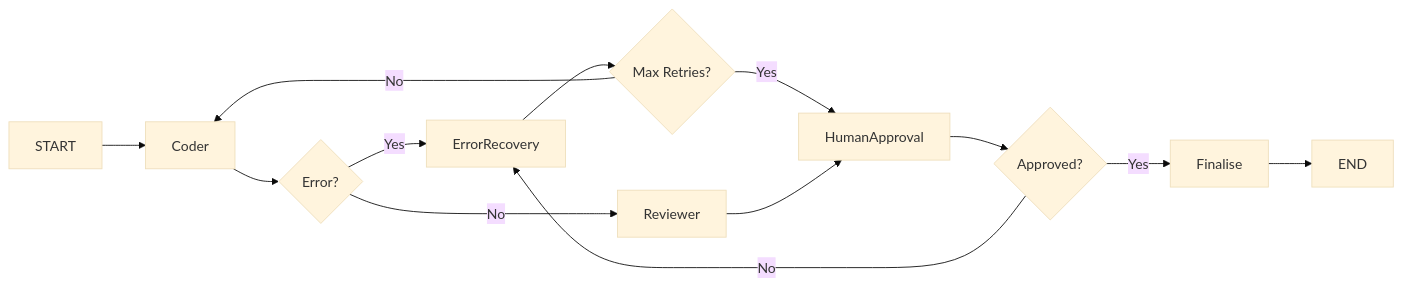
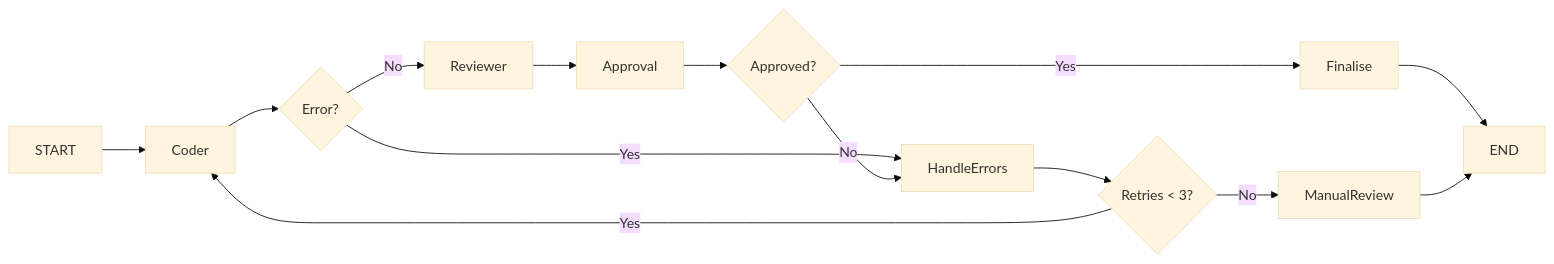
The seventh of 12 diagrams in PATTERNS.md (rulala/fac-ws_ai_multi-agent), drawn with Mermaid (base theme) before and after one commit. The commit also changed other lines of this file, not shown here.

````diff
--- a/PATTERNS.md
+++ b/PATTERNS.md
@@ -119,15 +217,16 @@
 ```mermaid
 graph LR
     START --> Coder
     Coder --> ErrorCheck{Error?}
-    ErrorCheck -->|Yes| ErrorRecovery
+    ErrorCheck -->|Yes| HandleErrors
     ErrorCheck -->|No| Reviewer
-    ErrorRecovery --> RetryCheck{Max Retries?}
-    RetryCheck -->|No| Coder
-    RetryCheck -->|Yes| HumanApproval
-    Reviewer --> HumanApproval
-    HumanApproval --> ApprovalCheck{Approved?}
-    ApprovalCheck -->|No| ErrorRecovery
+    HandleErrors --> RetryCheck{Retries < 3?}
+    RetryCheck -->|Yes| Coder
+    RetryCheck -->|No| ManualReview
+    Reviewer --> Approval
+    Approval --> ApprovalCheck{Approved?}
     ApprovalCheck -->|Yes| Finalise
+    ApprovalCheck -->|No| HandleErrors
     Finalise --> END
+    ManualReview --> END
 ```
````
